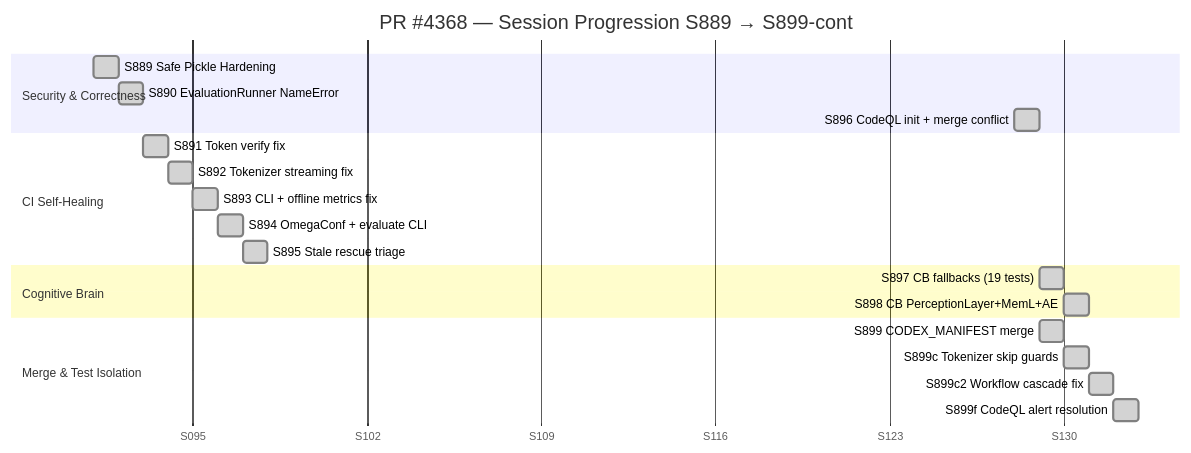
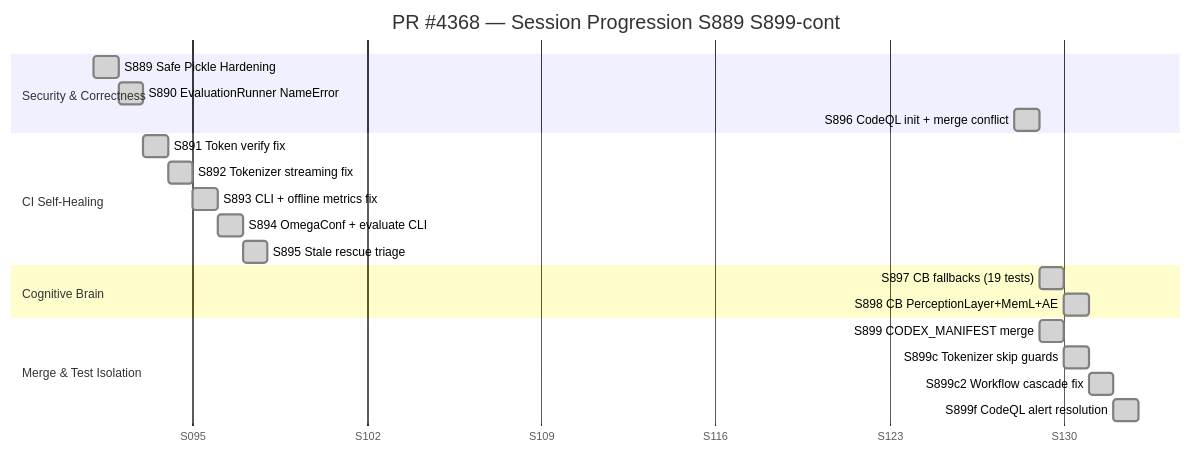
Before and after one commit to Aries-Serpent/_codex_: the first of 5 diagrams in docs/roadmap/PR4368_session_diagram.md, drawn with Mermaid. The commit also changed other lines of this file and 4117 other files, not shown here.

````diff
--- a/docs/roadmap/PR4368_session_diagram.md
+++ b/docs/roadmap/PR4368_session_diagram.md
@@ -13,29 +13,30 @@
 ```mermaid
 %%{init: {'accessibility': {'title': 'Diagram'}}%%
+
 gantt
-    title PR #4368 — Session Progression S889 → S899-cont
-    dateFormat  YYYY-MM-DD
-    axisFormat  S%j
+ title PR #4368 — Session Progression S889 S899-cont
+ dateFormat YYYY-MM-DD
+ axisFormat S%j
 
-    section Security & Correctness
-    S889  Safe Pickle Hardening       :done, s889, 2026-04-01, 1d
-    S890  EvaluationRunner NameError  :done, s890, after s889, 1d
-    S896  CodeQL init + merge conflict:done, s896, 2026-05-08, 1d
+ section Security & Correctness
+ S889 Safe Pickle Hardening :done, s889, 2026-04-01, 1d
+ S890 EvaluationRunner NameError :done, s890, after s889, 1d
+ S896 CodeQL init + merge conflict:done, s896, 2026-05-08, 1d
 
-    section CI Self-Healing
-    S891  Token verify fix            :done, s891, after s890, 1d
-    S892  Tokenizer streaming fix     :done, s892, after s891, 1d
-    S893  CLI + offline metrics fix   :done, s893, after s892, 1d
-    S894  OmegaConf + evaluate CLI    :done, s894, after s893, 1d
-    S895  Stale rescue triage         :done, s895, after s894, 1d
+ section CI Self-Healing
+ S891 Token verify fix :done, s891, after s890, 1d
+ S892 Tokenizer streaming fix :done, s892, after s891, 1d
+ S893 CLI + offline metrics fix :done, s893, after s892, 1d
+ S894 OmegaConf + evaluate CLI :done, s894, after s893, 1d
+ S895 Stale rescue triage :done, s895, after s894, 1d
 
-    section Cognitive Brain
-    S897  CB fallbacks (19 tests)     :done, s897, 2026-05-09, 1d
-    S898  CB PerceptionLayer+MemL+AE  :done, s898, after s897, 1d
+ section Cognitive Brain
+ S897 CB fallbacks (19 tests) :done, s897, 2026-05-09, 1d
+ S898 CB PerceptionLayer+MemL+AE :done, s898, after s897, 1d
 
-    section Merge & Test Isolation
-    S899  CODEX_MANIFEST merge        :done, s899, 2026-05-09, 1d
-    S899c Tokenizer skip guards       :done, s899c, after s899, 1d
-    S899c2 Workflow cascade fix       :done, s899c2, after s899c, 1d
-    S899f  CodeQL alert resolution    :done, s899f,  after s899c2, 1d
+ section Merge & Test Isolation
+ S899 CODEX_MANIFEST merge :done, s899, 2026-05-09, 1d
+ S899c Tokenizer skip guards :done, s899c, after s899, 1d
+ S899c2 Workflow cascade fix :done, s899c2, after s899c, 1d
+ S899f CodeQL alert resolution :done, s899f, after s899c2, 1d
 ```
````
